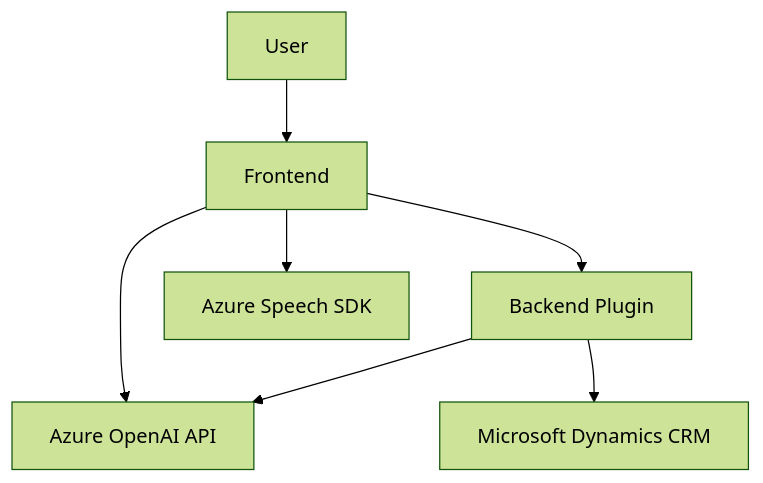
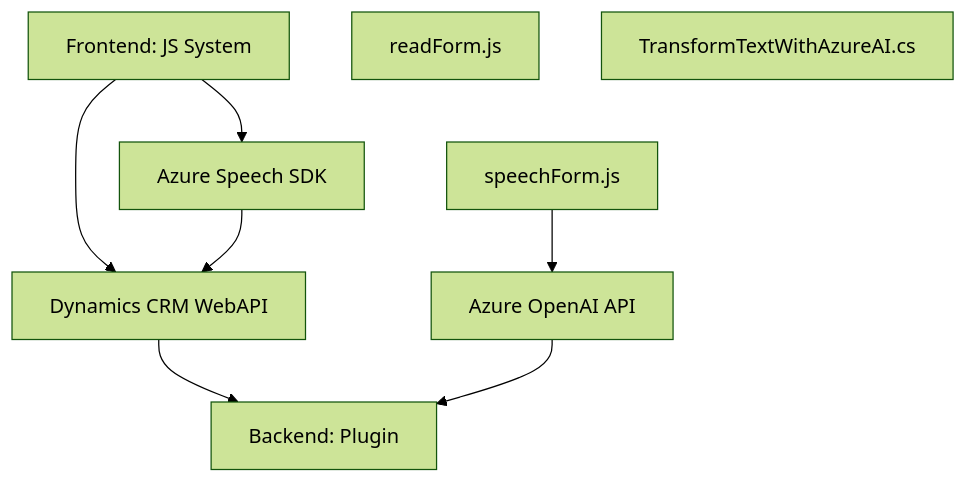
One commit to blopezdm/NETCORE_BILBAO2025 changed the diagram in README.md. Above: the diagram before and after it, drawn with Mermaid (forest theme). The commit also changed other lines of this file, not shown here.

````diff
--- a/README.md
+++ b/README.md
@@ -38,16 +46,17 @@
 ```mermaid
 graph TD
-    A["Frontend"]
-    B["Backend Plugin"]
-    C["Azure Speech SDK"]
+    A["Frontend: JS System"]
+    A1["readForm.js"]
+    A2["speechForm.js"]
+    B["Azure Speech SDK"]
+    C["Dynamics CRM WebAPI"]
     D["Azure OpenAI API"]
-    E["Microsoft Dynamics CRM"]
-    F["User"]
-    
-    F --> A["Frontend"]
-    A --> C["Azure Speech SDK"]
-    A --> D["Azure OpenAI API"]
-    A --> B["Backend Plugin"]
-    B --> D["Azure OpenAI API"]
-    B --> E["Microsoft Dynamics CRM"]
+    E["Backend: Plugin"]
+    E1["TransformTextWithAzureAI.cs"]
+    A --> B
+    A --> C
+    B --> C
+    A2 --> D
+    C --> E
+    D --> E
 ```
````
